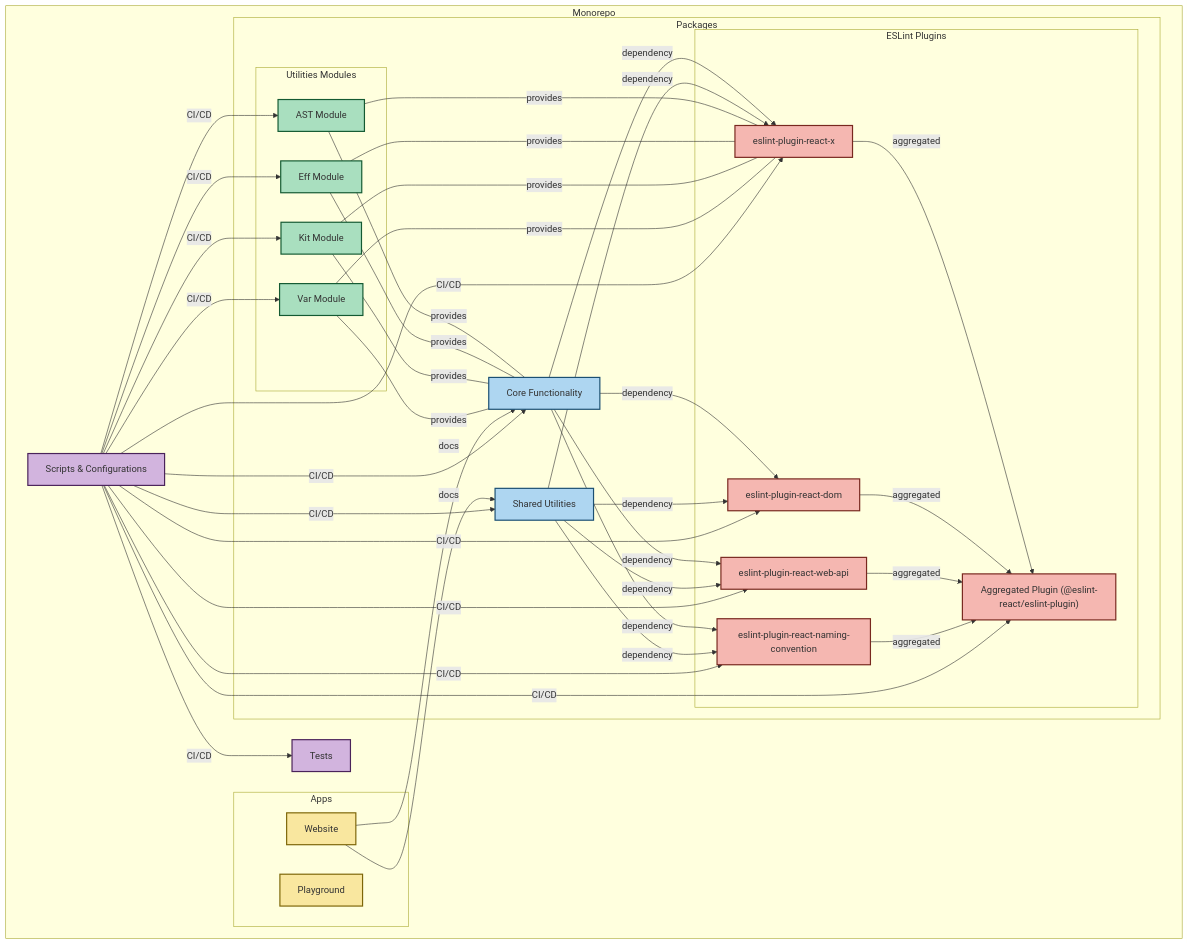
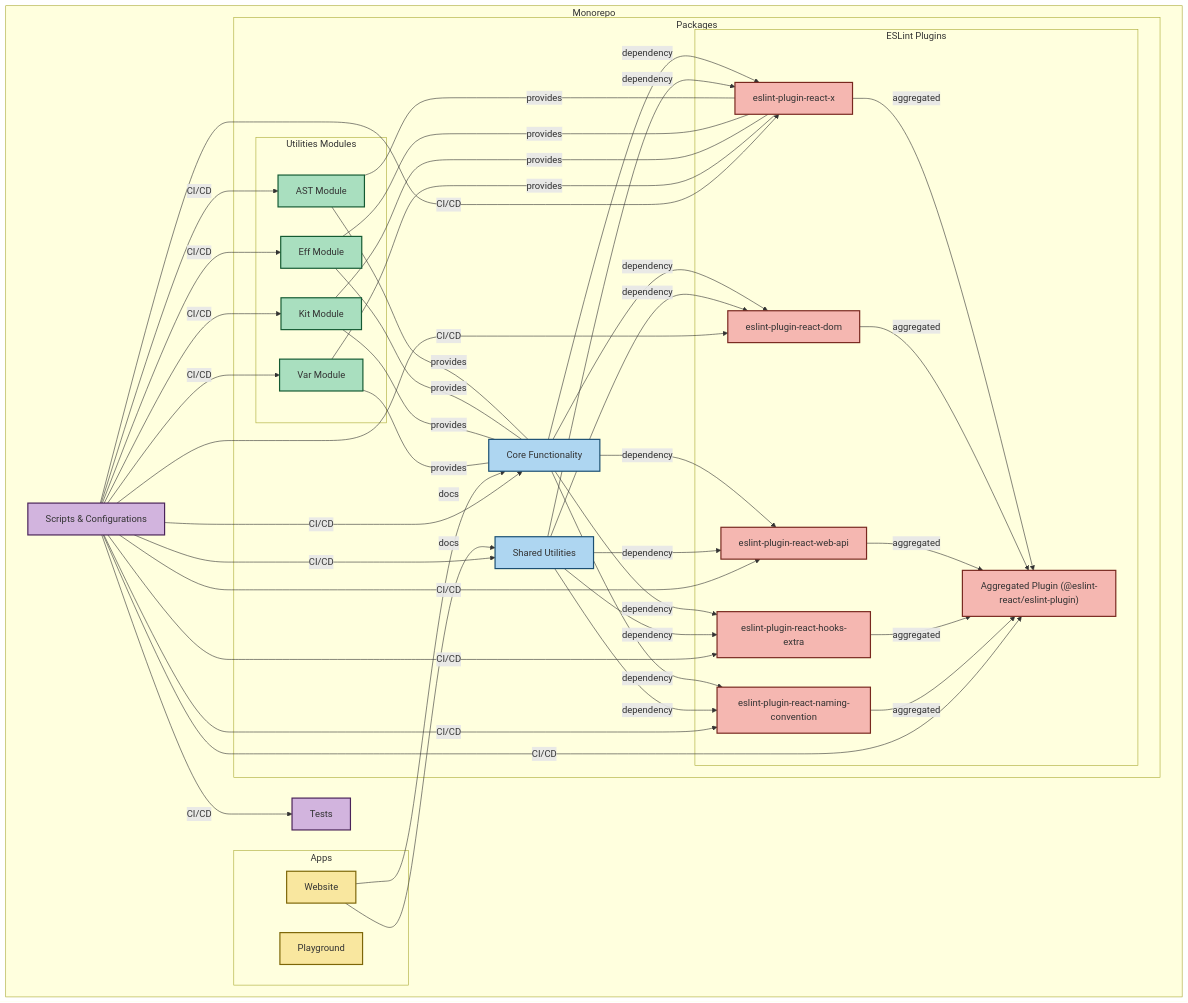
Before and after one commit to Rel1cx/eslint-react: the diagram in apps/website/content/docs/contributing.mdx, drawn with Mermaid. The commit also changed other lines of this file and 2 other files, not shown here.

Commit message:
docs: add 'eslint-plugin-react-hooks-extra' to documentation

```diff
--- a/apps/website/content/docs/contributing.mdx
+++ b/apps/website/content/docs/contributing.mdx
@@ -38,6 +38,7 @@
                 ReactX["eslint-plugin-react-x"]:::plugins
                 ReactDOM["eslint-plugin-react-dom"]:::plugins
                 WebAPI["eslint-plugin-react-web-api"]:::plugins
+                HooksExtra["eslint-plugin-react-hooks-extra"]:::plugins
                 NamingConvention["eslint-plugin-react-naming-convention"]:::plugins
                 Aggregated["Aggregated Plugin (@eslint-react/eslint-plugin)"]:::plugins
             end
@@ -55,11 +56,13 @@
     Core -->|"dependency"| ReactX
     Core -->|"dependency"| ReactDOM
     Core -->|"dependency"| WebAPI
+    Core -->|"dependency"| HooksExtra
     Core -->|"dependency"| NamingConvention
 
     Shared -->|"dependency"| ReactX
     Shared -->|"dependency"| ReactDOM
     Shared -->|"dependency"| WebAPI
+    Shared -->|"dependency"| HooksExtra
     Shared -->|"dependency"| NamingConvention
 
     %% Utilities used by Core and Plugins
@@ -77,6 +80,7 @@
     ReactX -->|"aggregated"| Aggregated
     ReactDOM -->|"aggregated"| Aggregated
     WebAPI -->|"aggregated"| Aggregated
+    HooksExtra -->|"aggregated"| Aggregated
     NamingConvention -->|"aggregated"| Aggregated
 
     %% Website Documentation uses Core and Shared docs
@@ -93,6 +97,7 @@
     Scripts -->|"CI/CD"| ReactX
     Scripts -->|"CI/CD"| ReactDOM
     Scripts -->|"CI/CD"| WebAPI
+    Scripts -->|"CI/CD"| HooksExtra
     Scripts -->|"CI/CD"| NamingConvention
     Scripts -->|"CI/CD"| Aggregated
     Scripts -->|"CI/CD"| Tests
@@ -109,6 +114,7 @@
     click ReactX "https://github.com/rel1cx/eslint-react/tree/main/packages/plugins/eslint-plugin-react-x"
     click ReactDOM "https://github.com/rel1cx/eslint-react/tree/main/packages/plugins/eslint-plugin-react-dom"
     click WebAPI "https://github.com/rel1cx/eslint-react/tree/main/packages/plugins/eslint-plugin-react-web-api"
+    click HooksExtra "https://github.com/rel1cx/eslint-react/tree/main/packages/plugins/eslint-plugin-react-hooks-extra"
     click NamingConvention "https://github.com/rel1cx/eslint-react/tree/main/packages/plugins/eslint-plugin-react-naming-convention"
     click Aggregated "https://github.com/rel1cx/eslint-react/tree/main/packages/plugins/eslint-plugin"
     click Scripts "https://github.com/rel1cx/eslint-react/tree/main/scripts"
```
